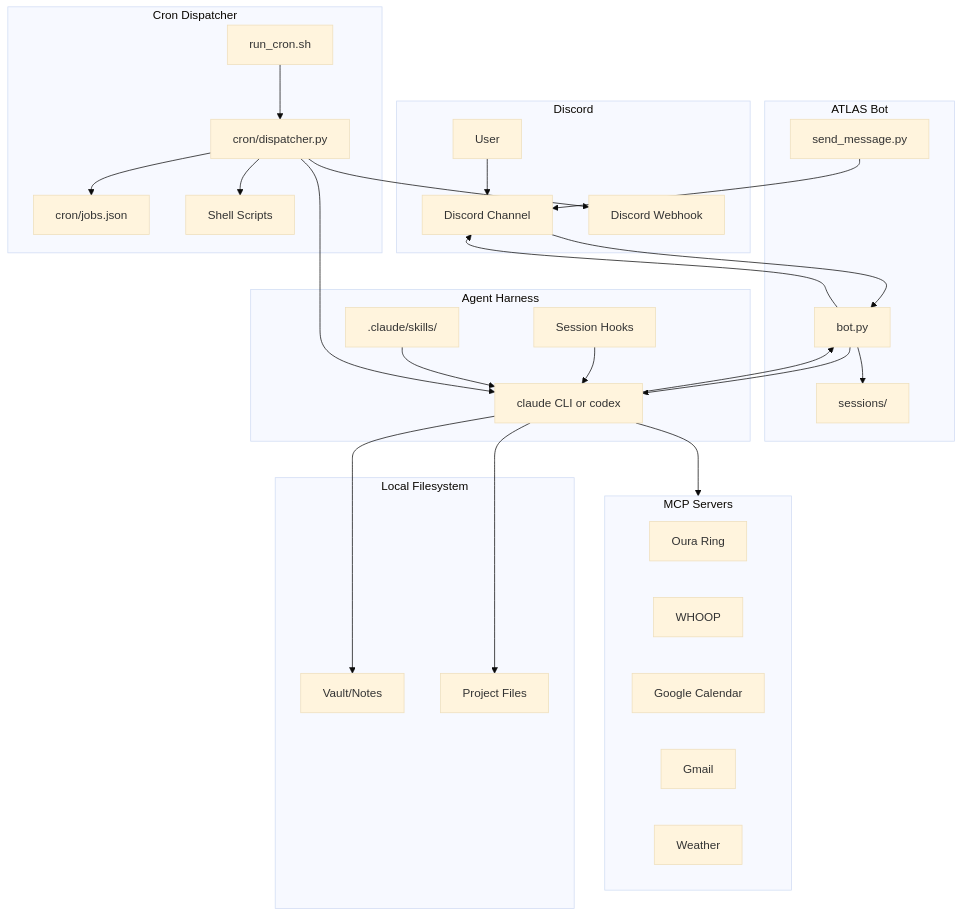
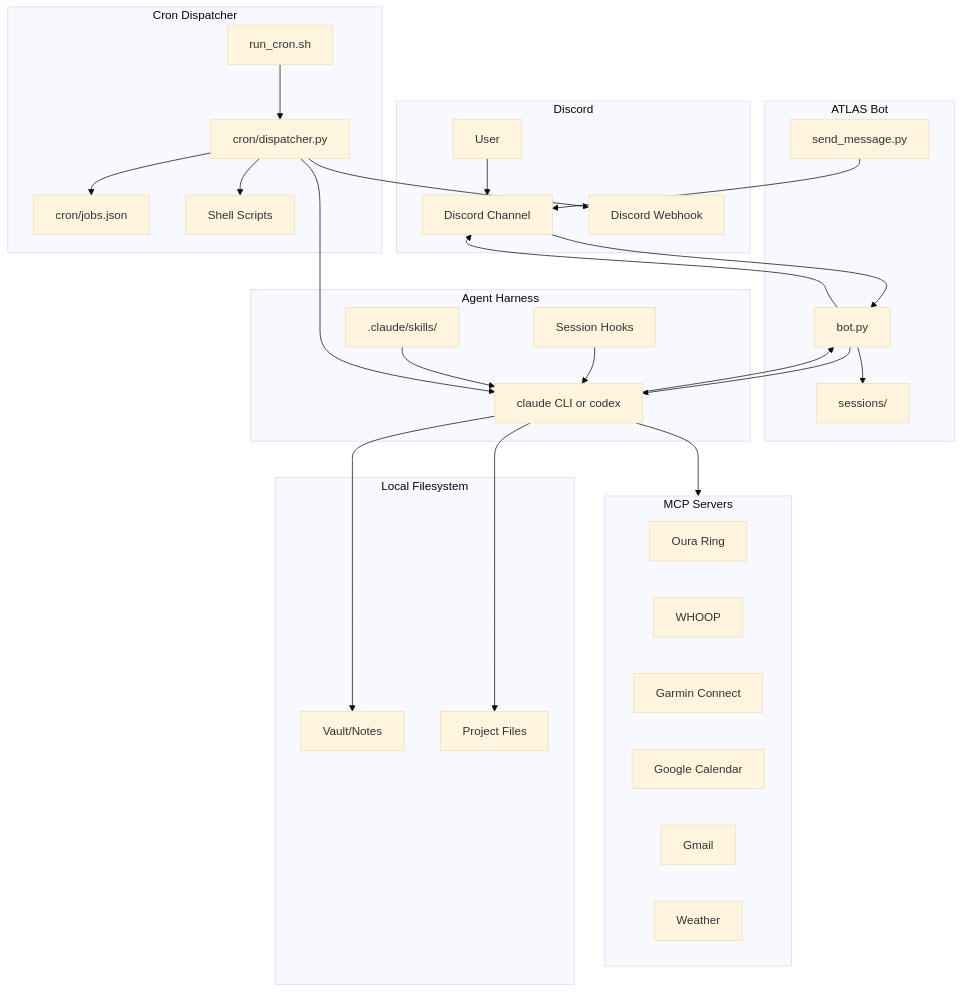
Before and after one commit to jamesmoon2/ATLAS-bot: the first of 5 diagrams in README.md, drawn with Mermaid (base theme). The commit also changed other lines of this file, not shown here.

````diff
--- a/README.md
+++ b/README.md
@@ -12,58 +12,59 @@
 ```mermaid
 flowchart TB
     subgraph Discord
         User[User]
         Channel[Discord Channel]
         Webhook[Discord Webhook]
     end
 
     subgraph ATLAS[ATLAS Bot]
         Bot[bot.py]
         Sessions[sessions/]
         SendMsg[send_message.py]
     end
 
     subgraph Cron[Cron Dispatcher]
         RunCron[run_cron.sh]
         Dispatcher[cron/dispatcher.py]
         Jobs[cron/jobs.json]
         Scripts[Shell Scripts]
     end
 
     subgraph CLI[Agent Harness]
         Agent[claude CLI or codex]
         Hooks[Session Hooks]
         Skills[.claude/skills/]
     end
 
     subgraph MCP[MCP Servers]
         Oura[Oura Ring]
         Whoop[WHOOP]
+        Garmin[Garmin Connect]
         Calendar[Google Calendar]
         Gmail[Gmail]
         Weather[Weather]
     end
 
     subgraph FS[Local Filesystem]
         Vault[Vault/Notes]
         Files[Project Files]
     end
 
     User --> Channel
     Channel --> Bot
     Bot --> Agent
     Bot --> Sessions
     Agent --> Vault
     Agent --> Files
     Agent --> MCP
     Hooks --> Agent
     Skills --> Agent
     Agent --> Bot
     Bot --> Channel
     RunCron --> Dispatcher
     Dispatcher --> Jobs
     Dispatcher --> Agent
     Dispatcher --> Scripts
     Dispatcher --> Webhook
     SendMsg --> Channel
 ```
````
